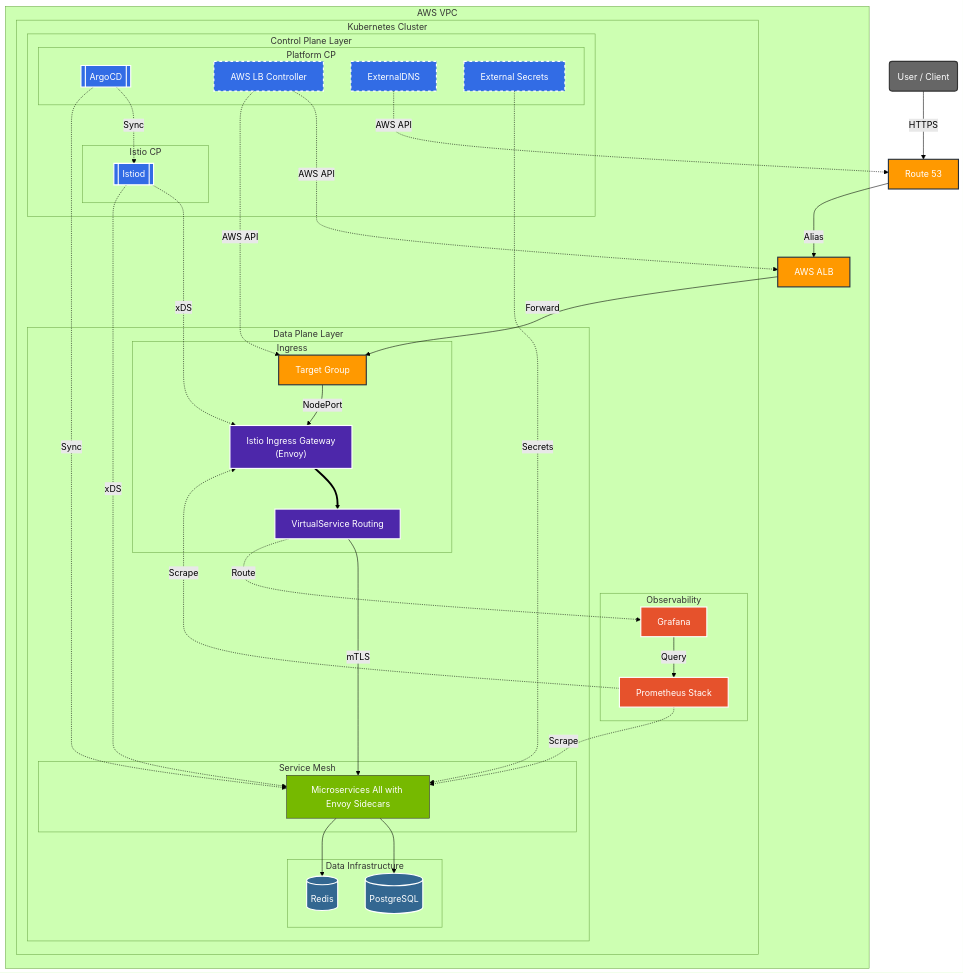
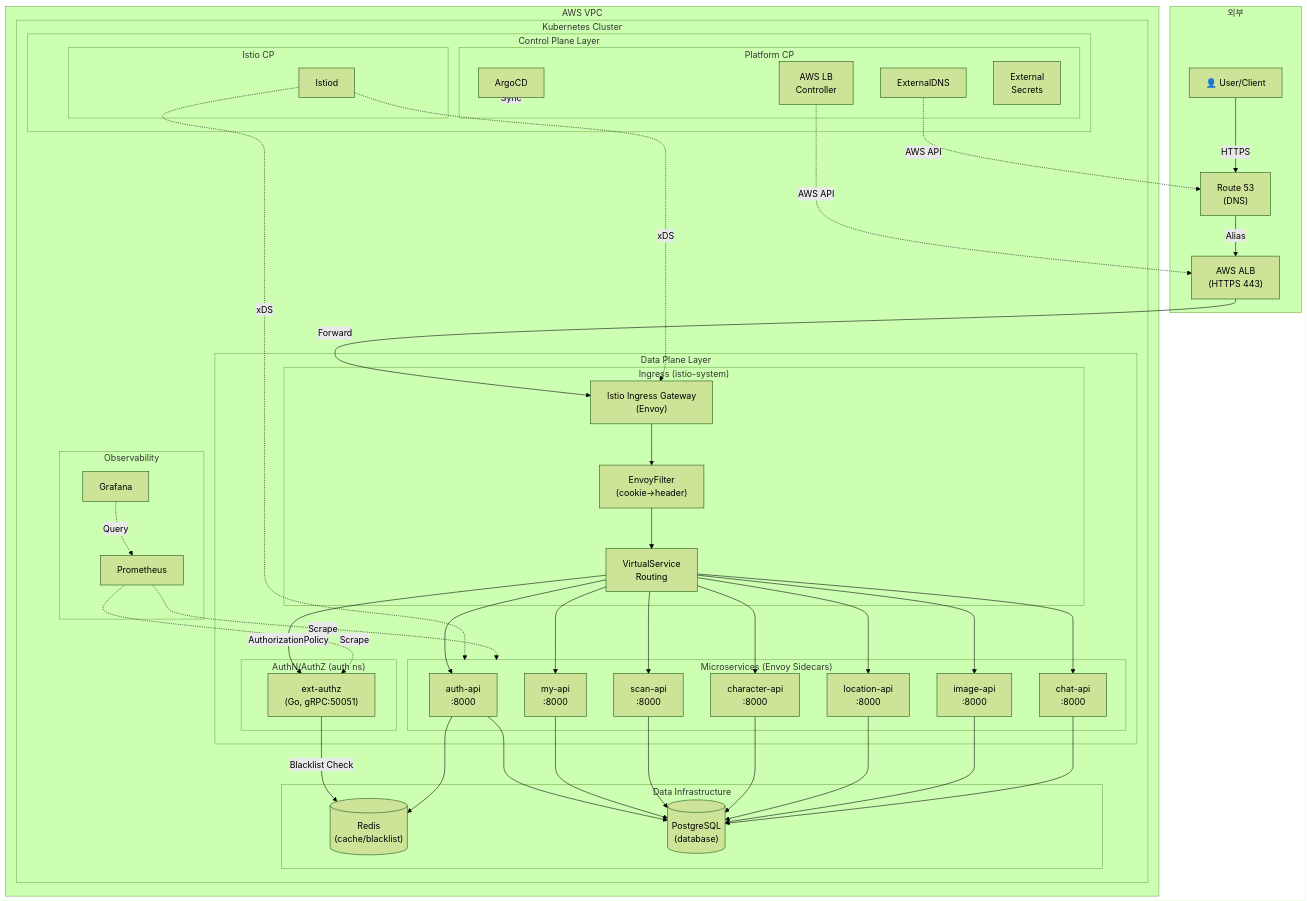
One commit to eco2-team/backend changed the first of 2 diagrams in README.md. Above: the diagram before and after it, drawn with Mermaid (forest theme). The commit also changed other lines of this file, not shown here.

Commit message:
chore: main에서 README.md 동기화

````diff
--- a/README.md
+++ b/README.md
@@ -18,85 +16,105 @@
 ```mermaid
-graph TD
-    %% External
-    User("User / Client") -->|HTTPS| R53[Route 53]
-    R53 -->|Alias| ALB[AWS ALB]
+flowchart TB
+    subgraph External["외부"]
+        User["👤 User/Client"]
+        Route53["Route 53<br/>(DNS)"]
+        ALB["AWS ALB<br/>(HTTPS 443)"]
+    end
 
-    subgraph "AWS VPC"
-        ALB -->|Forward| TG["Target Group"]
+    subgraph AWS_VPC["AWS VPC"]
+        subgraph K8s["Kubernetes Cluster"]
 
-        subgraph "Kubernetes Cluster"
-
-            subgraph "Control Plane Layer"
-                subgraph "Istio CP"
-                    Istiod[["Istiod"]]
+            subgraph CP["Control Plane Layer"]
+                subgraph PlatformCP["Platform CP"]
+                    ArgoCD["ArgoCD"]
+                    ALBC["AWS LB<br/>Controller"]
+                    ExtDNS["ExternalDNS"]
+                    ExtSecrets["External<br/>Secrets"]
                 end
 
-                subgraph "Platform CP"
-                    ArgoCD[["ArgoCD"]]
-                    LBC["AWS LB Controller"]
-                    ExtDNS["ExternalDNS"]
-                    ESO["External Secrets"]
+                subgraph IstioCP["Istio CP"]
+                    Istiod["Istiod"]
                 end
             end
 
-            subgraph "Observability"
-                Prom["Prometheus Stack"]
-                Graf["Grafana"]
+            subgraph DP["Data Plane Layer"]
+                subgraph Ingress["Ingress (istio-system)"]
+                    IG["Istio Ingress Gateway<br/>(Envoy)"]
+                    EF["EnvoyFilter<br/>(cookie→header)"]
+                    VS["VirtualService<br/>Routing"]
+                end
+
+                subgraph AuthZ["AuthN/AuthZ (auth ns)"]
+                    ExtAuthz["ext-authz<br/>(Go, gRPC:50051)"]
+                end
+
+                subgraph Services["Microservices (Envoy Sidecars)"]
+                    Auth["auth-api<br/>:8000"]
+                    My["my-api<br/>:8000"]
+                    Scan["scan-api<br/>:8000"]
+                    Character["character-api<br/>:8000"]
+                    Location["location-api<br/>:8000"]
+                    Image["image-api<br/>:8000"]
+                    Chat["chat-api<br/>:8000"]
+                end
             end
 
-            subgraph "Data Plane Layer"
-                subgraph "Ingress"
-                    TG -->|NodePort| IGW["Istio Ingress Gateway<br>(Envoy)"]
-                    VS["VirtualService Routing"]
-                end
+            subgraph Data["Data Infrastructure"]
+                Redis[("Redis<br/>(cache/blacklist)")]
+                PostgreSQL[("PostgreSQL<br/>(database)")]
+            end
 
-                subgraph "Service Mesh"
-                    Apps["Microservices All with Envoy Sidecars"]
-                end
-
-                subgraph "Data Infrastructure"
-                    PG[("PostgreSQL")]
-                    Redis[("Redis")]
-                end
+            subgraph Obs["Observability"]
+                Prometheus["Prometheus"]
+                Grafana["Grafana"]
             end
         end
     end
 
-    %% Routing
-    IGW ==> VS
-    VS -->|mTLS| Apps
-    VS -.->|Route| Graf
+    %% External Flow
+    User -->|HTTPS| Route53
+    Route53 -->|Alias| ALB
+    ALB -->|Forward| IG
 
-    %% Data Connections
-    Apps --> PG & Redis
-    Graf -->|Query| Prom
+    %% Control Plane
+    ArgoCD -.->|Sync| K8s
+    ALBC -.->|AWS API| ALB
+    ExtDNS -.->|AWS API| Route53
+    Istiod -.->|xDS| IG
+    Istiod -.->|xDS| Services
 
-    %% Config & Sync Flow (Simplified)
-    Istiod -.->|xDS| IGW & Apps
-    ArgoCD -.->|Sync| Istiod & Apps
-    Prom -.->|Scrape| IGW & Apps
-    ESO -.->|Secrets| Apps
+    %% Data Plane Flow
+    IG --> EF
+    EF --> VS
+    VS -->|AuthorizationPolicy| ExtAuthz
+    ExtAuthz -->|Blacklist Check| Redis
 
-    %% AWS Interactions
-    LBC -.->|AWS API| ALB & TG
-    ExtDNS -.->|AWS API| R53
+    VS --> Auth
+    VS --> My
+    VS --> Scan
+    VS --> Character
+    VS --> Location
+    VS --> Image
+    VS --> Chat
 
-    %% Styling
-    classDef aws fill:#FF9900,stroke:#232F3E,stroke-width:2px,color:white;
-    classDef control fill:#326CE5,stroke:#fff,stroke-width:2px,color:white;
-    classDef platform fill:#326CE5,stroke:#fff,stroke-width:2px,color:white,stroke-dasharray: 5 5;
-    classDef ingress fill:#4D27AA,stroke:#fff,stroke-width:2px,color:white;
-    classDef service fill:#76B900,stroke:#333,stroke-width:1px,color:white;
-    classDef data fill:#336791,stroke:#fff,stroke-width:2px,color:white;
-    classDef observe fill:#E6522C,stroke:#fff,stroke-width:2px,color:white;
-    classDef user fill:#666,stroke:#333,stroke-width:2px,color:white;
+    %% Data Access
+    Auth --> PostgreSQL
+    Auth --> Redis
+    My --> PostgreSQL
+    Scan --> PostgreSQL
+    Character --> PostgreSQL
+    Location --> PostgreSQL
+    Image --> PostgreSQL
+    Chat --> PostgreSQL
 
-    class R53,ALB,TG aws;
-    class Istiod,ArgoCD control;
-    class LBC,ExtDNS,ESO platform;
-    class IGW,VS ingress;
-    class Apps service;
-    class PG,Redis data;
-    class Prom,Graf observe;
-    class User user;
+    %% Observability
+    Prometheus -.->|Scrape| Services
+    Prometheus -.->|Scrape| ExtAuthz
+    Grafana -.->|Query| Prometheus
+
+    classDef external fill:#f9f,stroke:#333,stroke-width:2px
+    classDef cp fill:#bbf,stroke:#333,stroke-width:2px
+    classDef dp fill:#bfb,stroke:#333,stroke-width:2px
+    classDef data fill:#fbb,stroke:#333,stroke-width:2px
+    classDef obs fill:#ffb,stroke:#333,stroke-width:2px
 ```
````
